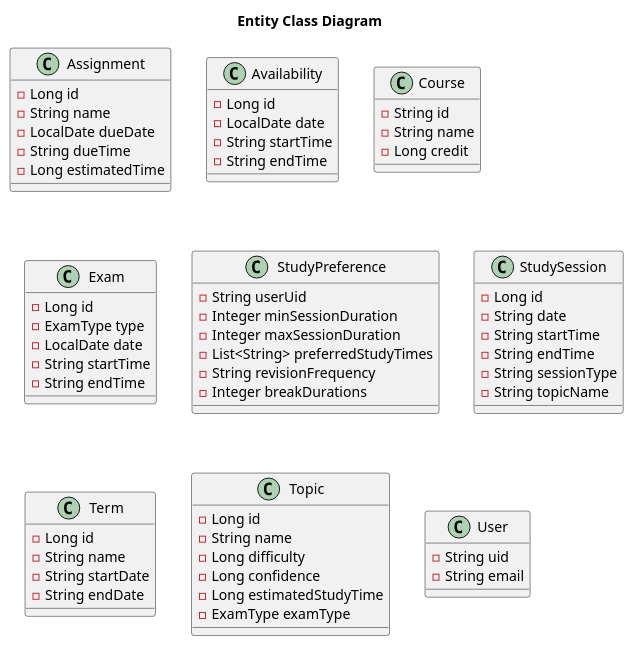
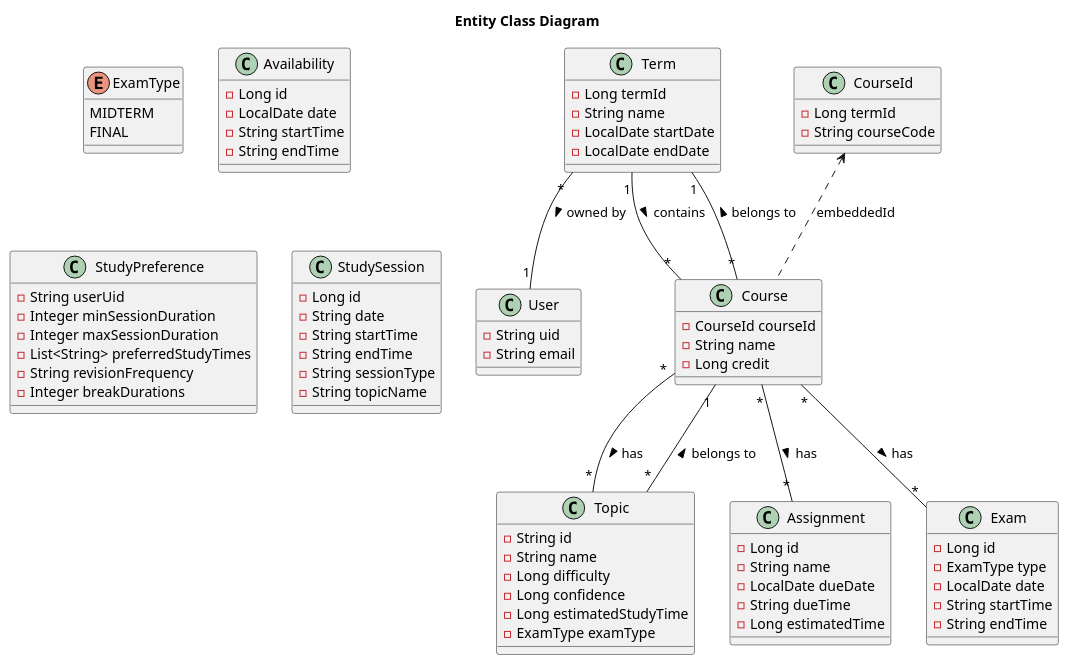
Before and after one commit to keerati5003/PlanMate-Diagram: the diagram in entity.puml, drawn with PlantUML. The commit also changed 2 other files, not shown here.

Commit message:
update term, topic

```diff
--- a/entity.puml
+++ b/entity.puml
@@ -1,72 +1,91 @@
 @startuml
 title Entity Class Diagram
+
+enum ExamType {
+    MIDTERM
+    FINAL
+}
+
+class User {
+    - String uid
+    - String email
+}
+
+class Term {
+    - Long termId
+    - String name
+    - LocalDate startDate
+    - LocalDate endDate
+}
+
+class CourseId {
+    - Long termId
+    - String courseCode
+}
+
+class Course {
+    - CourseId courseId
+    - String name
+    - Long credit
+}
+
+class Topic {
+    - String id
+    - String name
+    - Long difficulty
+    - Long confidence
+    - Long estimatedStudyTime
+    - ExamType examType
+}
 
 class Assignment {
     - Long id
     - String name
     - LocalDate dueDate
     - String dueTime
     - Long estimatedTime
 }
 
-class Availability {
+class Exam {
     - Long id
+    - ExamType type
     - LocalDate date
     - String startTime
     - String endTime
 }
 
-class Course {
-    - String id
-    - String name
-    - Long credit
-}
-
-class Exam {
+class Availability {
     - Long id
-    - ExamType type
     - LocalDate date
     - String startTime
     - String endTime
 }
 
 class StudyPreference {
     - String userUid
     - Integer minSessionDuration
     - Integer maxSessionDuration
     - List<String> preferredStudyTimes
     - String revisionFrequency
     - Integer breakDurations
 }
 
 class StudySession {
     - Long id
     - String date
     - String startTime
     - String endTime
     - String sessionType
     - String topicName
 }
 
-class Term {
-    - Long id
-    - String name
-    - String startDate
-    - String endDate
-}
-
-class Topic {
-    - Long id
-    - String name
-    - Long difficulty
-    - Long confidence
-    - Long estimatedStudyTime
-    - ExamType examType
-}
-
-class User {
-    - String uid
-    - String email
-}
+Term "1" -- "*" Course : contains >
+Course "*" -- "1" Term : belongs to >
+Course "*" -- "*" Topic : has >
+Course "*" -- "*" Assignment : has >
+Course "*" -- "*" Exam : has >
+Topic "*" -- "1" Course : belongs to >
+Term "*" -- "1" User : owned by >
+CourseId <.. Course : embeddedId
 
 @enduml
```
